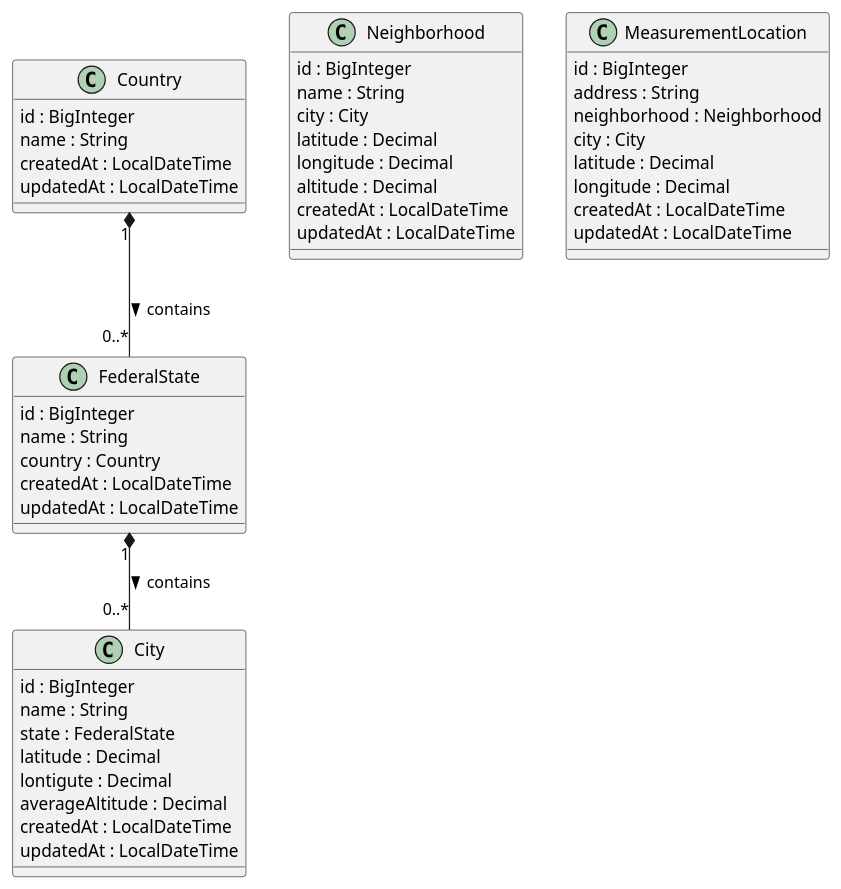
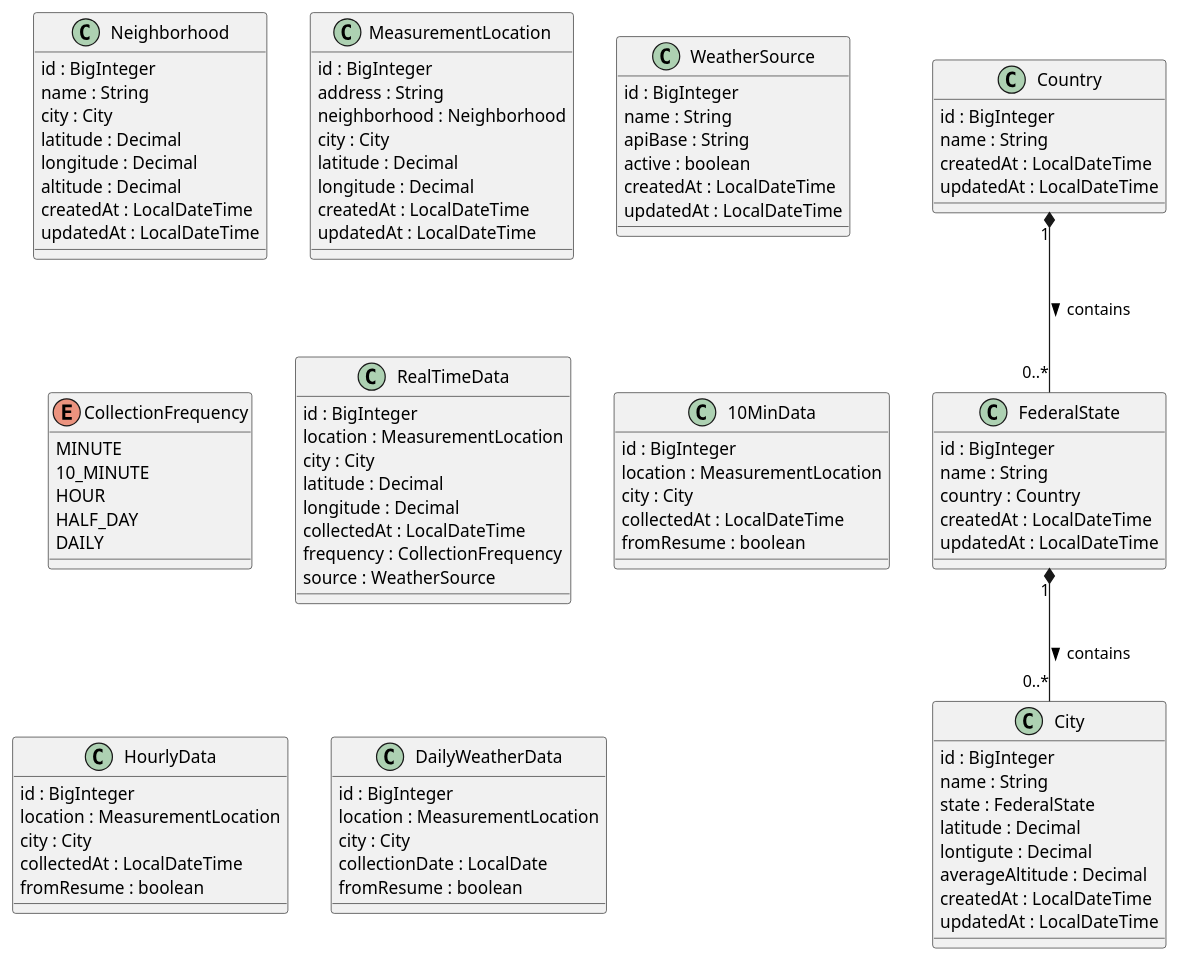
One commit to aberriel/weather_bi_java changed the diagram in WeatherBi/src/main/resources/diagrams/db_model.puml. Above: the diagram before and after it, drawn with PlantUML. The commit also changed 5 other files, not shown here.

```diff
--- a/WeatherBi/src/main/resources/diagrams/db_model.puml
+++ b/WeatherBi/src/main/resources/diagrams/db_model.puml
@@ -1,55 +1,107 @@
 @startuml
 'https://plantuml.com/class-diagram
 
 class Country {
     id : BigInteger
     name : String
     createdAt : LocalDateTime
     updatedAt : LocalDateTime
 }
 
 class FederalState {
     id : BigInteger
     name : String
     country : Country
     createdAt : LocalDateTime
     updatedAt : LocalDateTime
 }
 
 class City {
     id : BigInteger
     name : String
     state : FederalState
     latitude : Decimal
     lontigute : Decimal
     averageAltitude : Decimal
     createdAt : LocalDateTime
     updatedAt : LocalDateTime
 }
 
 class Neighborhood {
     id : BigInteger
     name : String
     city : City
     latitude : Decimal
     longitude : Decimal
     altitude : Decimal
     createdAt : LocalDateTime
     updatedAt : LocalDateTime
 }
 
 class MeasurementLocation {
     id : BigInteger
     address : String
     neighborhood : Neighborhood
     city : City
     latitude : Decimal
     longitude : Decimal
     createdAt : LocalDateTime
     updatedAt : LocalDateTime
 }
 
+class WeatherSource {
+    id : BigInteger
+    name : String
+    apiBase : String
+    active : boolean
+    createdAt : LocalDateTime
+    updatedAt : LocalDateTime
+}
+
+enum CollectionFrequency {
+    MINUTE
+    10_MINUTE
+    HOUR
+    HALF_DAY
+    DAILY
+}
+
+class RealTimeData {
+    id : BigInteger
+    location : MeasurementLocation
+    city : City
+    latitude : Decimal
+    longitude : Decimal
+    collectedAt : LocalDateTime
+    frequency : CollectionFrequency
+    source : WeatherSource
+}
+
+class 10MinData {
+    id : BigInteger
+    location : MeasurementLocation
+    city : City
+    collectedAt : LocalDateTime
+    fromResume : boolean
+}
+
+class HourlyData {
+    id : BigInteger
+    location : MeasurementLocation
+    city : City
+    collectedAt : LocalDateTime
+    fromResume : boolean
+}
+
+class DailyWeatherData {
+    id : BigInteger
+    location : MeasurementLocation
+    city : City
+    collectionDate : LocalDate
+    fromResume : boolean
+}
+
 Country "1" *-- "0..*" FederalState : contains >
 FederalState "1" *-- "0..*" City : contains >
 
 @enduml
```
